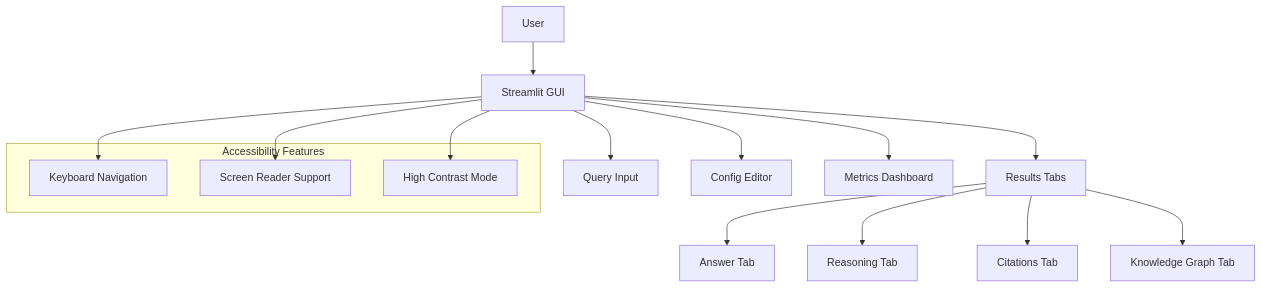
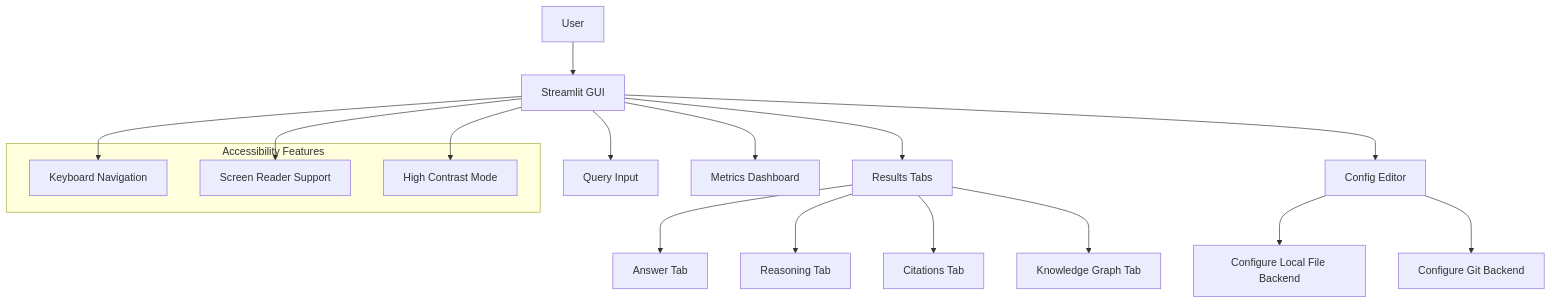
Before and after one commit to ravenoak/autoresearch: the third of 5 diagrams in docs/diagrams/ux_architecture.md, drawn with Mermaid. The commit also changed other lines of this file and 1 other file, not shown here.

Commit message:
docs: include local file and git backends

````diff
--- a/docs/diagrams/ux_architecture.md
+++ b/docs/diagrams/ux_architecture.md
@@ -77,24 +79,26 @@
 ```mermaid
 graph TD
     User[User] --> GUI[Streamlit GUI]
     
     GUI --> QueryInput[Query Input]
     GUI --> ResultsTabs[Results Tabs]
     GUI --> ConfigEditor[Config Editor]
+    ConfigEditor --> LocalFileSetupGUI[Configure Local File Backend]
+    ConfigEditor --> GitRepoSetupGUI[Configure Git Backend]
     GUI --> MetricsDashboard[Metrics Dashboard]
     
     ResultsTabs --> AnswerTab[Answer Tab]
     ResultsTabs --> ReasoningTab[Reasoning Tab]
     ResultsTabs --> CitationsTab[Citations Tab]
     ResultsTabs --> KnowledgeGraphTab[Knowledge Graph Tab]
     
     subgraph "Accessibility Features"
         KeyboardNavigation[Keyboard Navigation]
         ScreenReaderSupport[Screen Reader Support]
         HighContrastMode[High Contrast Mode]
     end
     
     GUI --> KeyboardNavigation
     GUI --> ScreenReaderSupport
     GUI --> HighContrastMode
 ```
````
